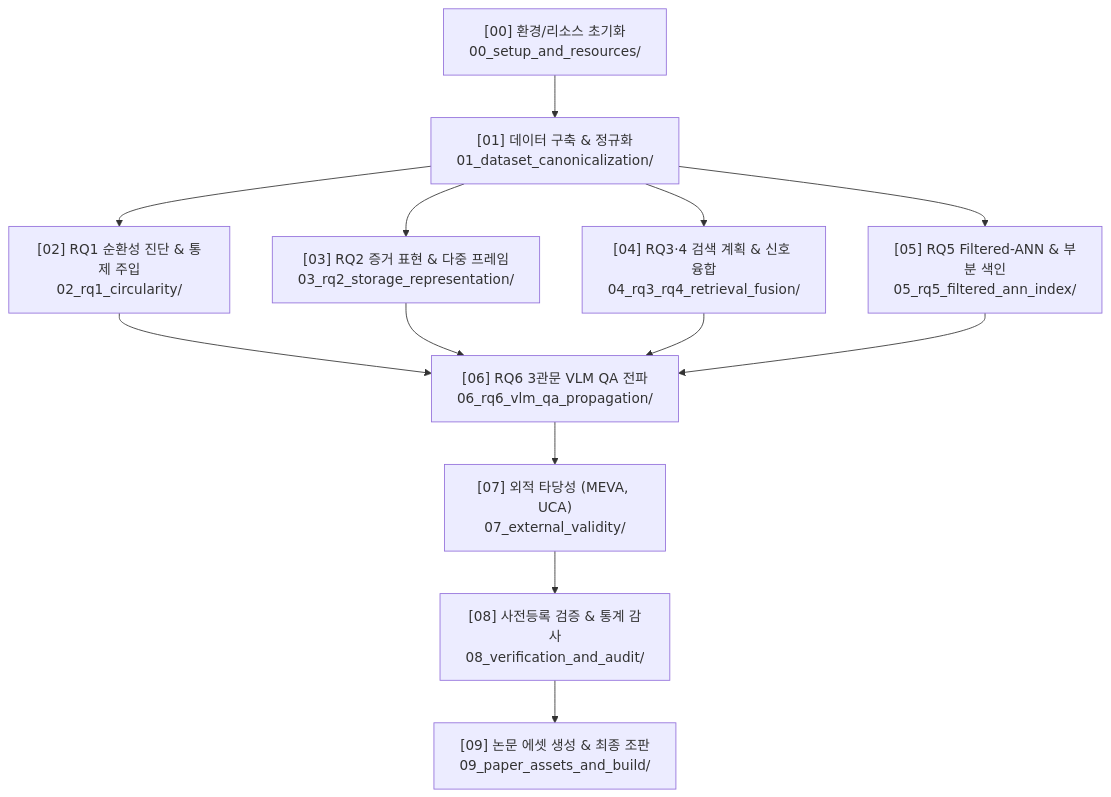
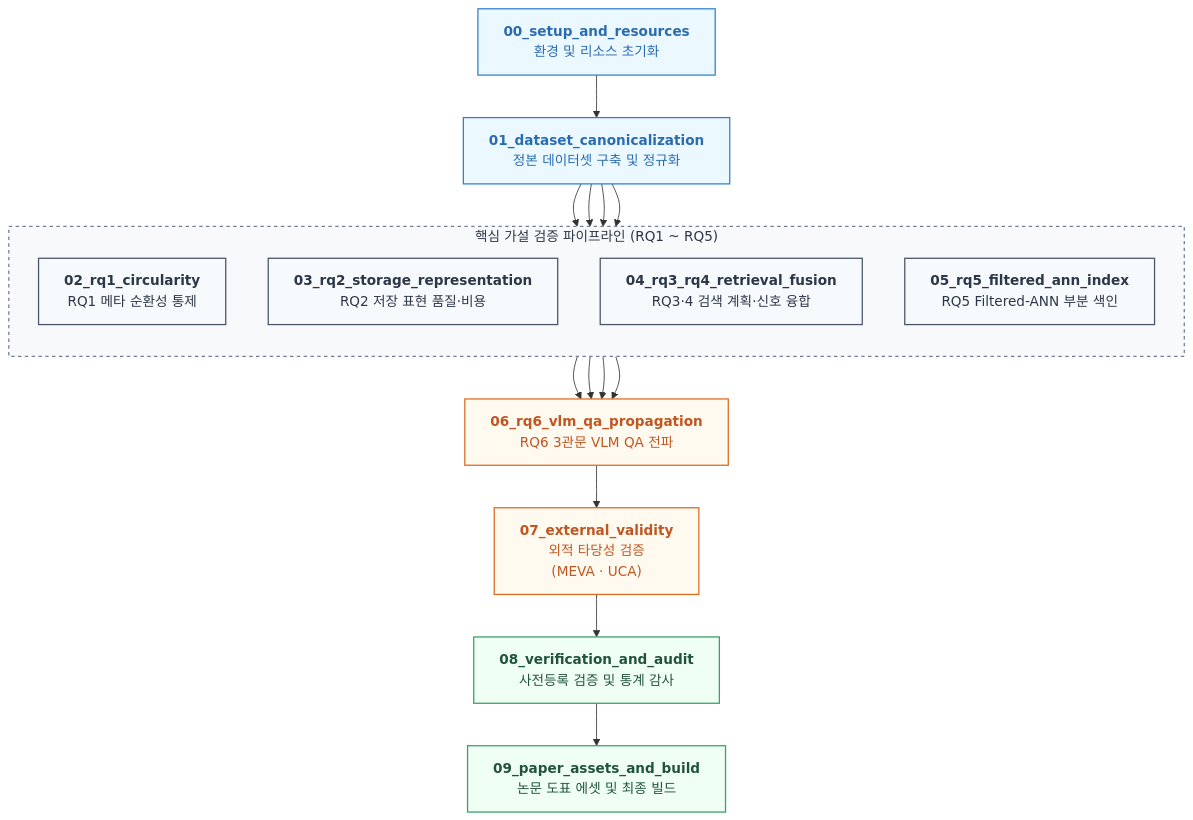
Before and after one commit to phantom0119/2026_KIISE_: the diagram in 04_scripts/README.md, drawn with Mermaid. The commit also changed 1 other file, not shown here.

Commit message:
fix(docs): Mermaid 다이어그램 한글 텍스트 줄바꿈/잘림 현상 수정 및 스타일링 개선

````diff
--- a/04_scripts/README.md
+++ b/04_scripts/README.md
@@ -11,12 +11,37 @@
 ```mermaid
 flowchart TD
-    S0["[00] 환경/리소스 초기화<br>00_setup_and_resources/"] --> S1["[01] 데이터 구축 & 정규화<br>01_dataset_canonicalization/"]
-    S1 --> RQ1["[02] RQ1 순환성 진단 & 통제 주입<br>02_rq1_circularity/"]
-    S1 --> RQ2["[03] RQ2 증거 표현 & 다중 프레임<br>03_rq2_storage_representation/"]
-    S1 --> RQ3["[04] RQ3·4 검색 계획 & 신호 융합<br>04_rq3_rq4_retrieval_fusion/"]
-    S1 --> RQ5["[05] RQ5 Filtered-ANN & 부분 색인<br>05_rq5_filtered_ann_index/"]
-    RQ1 & RQ2 & RQ3 & RQ5 --> RQ6["[06] RQ6 3관문 VLM QA 전파<br>06_rq6_vlm_qa_propagation/"]
-    RQ6 --> Ext["[07] 외적 타당성 (MEVA, UCA)<br>07_external_validity/"]
-    Ext --> Verify["[08] 사전등록 검증 & 통계 감사<br>08_verification_and_audit/"]
-    Verify --> Assets["[09] 논문 에셋 생성 & 최종 조판<br>09_paper_assets_and_build/"]
+    S0["<b>00_setup_and_resources</b><br/>환경 및 리소스 초기화"]
+    S1["<b>01_dataset_canonicalization</b><br/>정본 데이터셋 구축 및 정규화"]
+
+    subgraph EXP ["핵심 가설 검증 파이프라인 (RQ1 ~ RQ5)"]
+        direction TB
+        RQ1["<b>02_rq1_circularity</b><br/>RQ1 메타 순환성 통제"]
+        RQ2["<b>03_rq2_storage_representation</b><br/>RQ2 저장 표현 품질·비용"]
+        RQ3["<b>04_rq3_rq4_retrieval_fusion</b><br/>RQ3·4 검색 계획·신호 융합"]
+        RQ5["<b>05_rq5_filtered_ann_index</b><br/>RQ5 Filtered-ANN 부분 색인"]
+    end
+
+    RQ6["<b>06_rq6_vlm_qa_propagation</b><br/>RQ6 3관문 VLM QA 전파"]
+    Ext["<b>07_external_validity</b><br/>외적 타당성 검증<br/>(MEVA · UCA)"]
+    Verify["<b>08_verification_and_audit</b><br/>사전등록 검증 및 통계 감사"]
+    Assets["<b>09_paper_assets_and_build</b><br/>논문 도표 에셋 및 최종 빌드"]
+
+    S0 --> S1
+    S1 --> RQ1 & RQ2 & RQ3 & RQ5
+    RQ1 & RQ2 & RQ3 & RQ5 --> RQ6
+    RQ6 --> Ext
+    Ext --> Verify
+    Verify --> Assets
+
+    style EXP fill:#f8f9fa,stroke:#718096,stroke-width:1.5px,stroke-dasharray: 4 4,color:#2d3748
+    style S0 fill:#ebf8ff,stroke:#3182ce,stroke-width:1.5px,color:#2b6cb0
+    style S1 fill:#ebf8ff,stroke:#3182ce,stroke-width:1.5px,color:#2b6cb0
+    style RQ1 fill:#f7fafc,stroke:#4a5568,stroke-width:1.5px,color:#2d3748
+    style RQ2 fill:#f7fafc,stroke:#4a5568,stroke-width:1.5px,color:#2d3748
+    style RQ3 fill:#f7fafc,stroke:#4a5568,stroke-width:1.5px,color:#2d3748
+    style RQ5 fill:#f7fafc,stroke:#4a5568,stroke-width:1.5px,color:#2d3748
+    style RQ6 fill:#fffaf0,stroke:#dd6b20,stroke-width:1.5px,color:#c05621
+    style Ext fill:#fffaf0,stroke:#dd6b20,stroke-width:1.5px,color:#c05621
+    style Verify fill:#f0fff4,stroke:#38a169,stroke-width:1.5px,color:#22543d
+    style Assets fill:#f0fff4,stroke:#38a169,stroke-width:1.5px,color:#22543d
 ```
````
